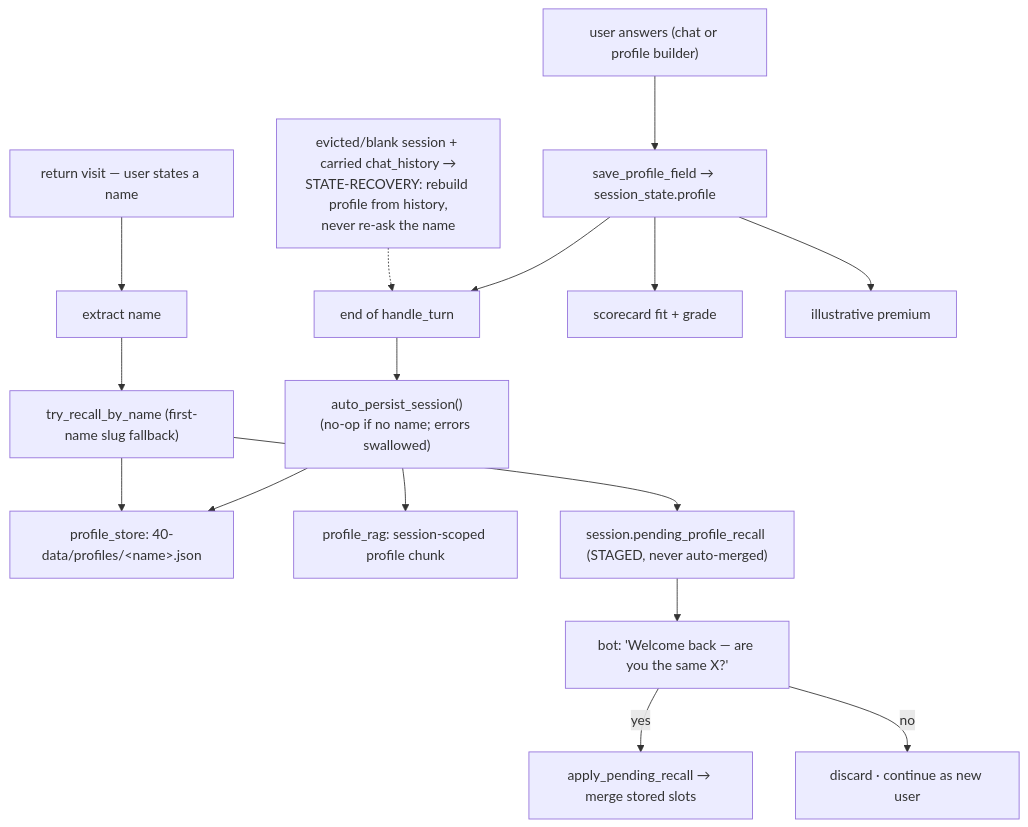
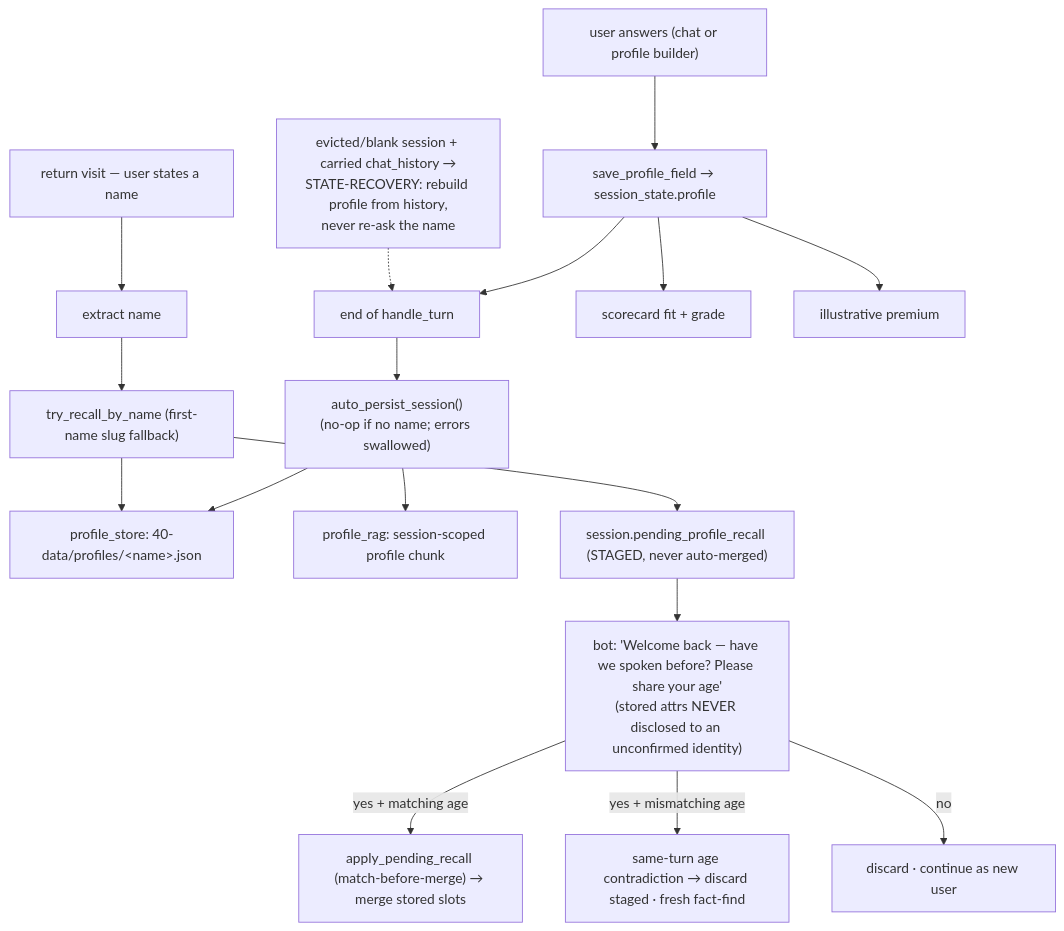
One commit to rohitsar567/insurance-sales-bot changed the sixth of 16 diagrams in README.md. Above: the diagram before and after it, drawn with Mermaid. The commit also changed other lines of this file and 2 other files, not shown here.

````diff
--- a/README.md
+++ b/README.md
@@ -453,18 +467,19 @@
 ```mermaid
 flowchart TB
     A["user answers (chat or profile builder)"] --> SPF["save_profile_field → session_state.profile"]
     SPF --> ENDT["end of handle_turn"]
     ENDT --> AP["auto_persist_session()<br/>(no-op if no name; errors swallowed)"]
     AP --> DISK["profile_store: 40-data/profiles/&lt;name&gt;.json"]
     AP --> EMB["profile_rag: session-scoped profile chunk"]
     RV["return visit — user states a name"] --> EX["extract name"]
     EX --> TR["try_recall_by_name (first-name slug fallback)"]
     TR --> DISK
     TR --> STAGE["session.pending_profile_recall (STAGED, never auto-merged)"]
-    STAGE --> ASK["bot: 'Welcome back — are you the same X?'"]
-    ASK -->|"yes"| MERGE["apply_pending_recall → merge stored slots"]
+    STAGE --> ASK["bot: 'Welcome back — have we spoken before? Please share your age'<br/>(stored attrs NEVER disclosed to an unconfirmed identity)"]
+    ASK -->|"yes + matching age"| MERGE["apply_pending_recall (match-before-merge) → merge stored slots"]
+    ASK -->|"yes + mismatching age"| DROP["same-turn age contradiction → discard staged · fresh fact-find"]
     ASK -->|"no"| FRESH["discard · continue as new user"]
     SPF --> FIT["scorecard fit + grade"]
     SPF --> PREM["illustrative premium"]
     note1["evicted/blank session + carried chat_history →<br/>STATE-RECOVERY: rebuild profile from history,<br/>never re-ask the name"] -.-> ENDT
 ```
````
